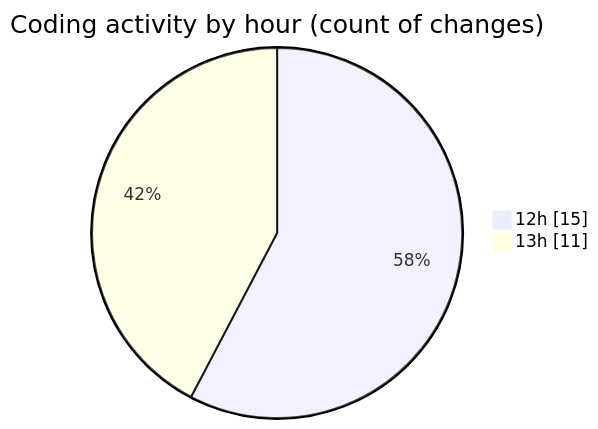
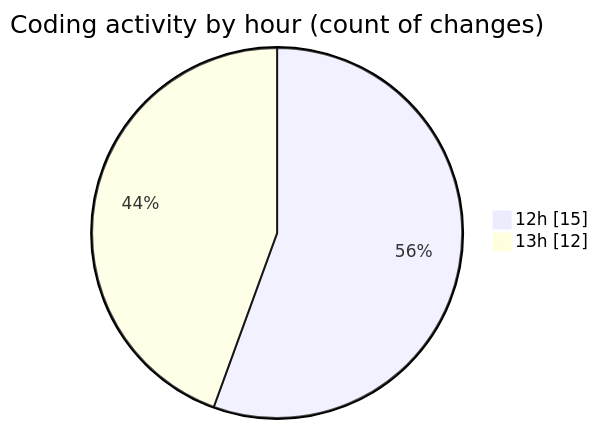
One commit to donsfak/code-tracking changed the second of 2 diagrams in 2025-03-27/wordle/README.md. Above: the diagram before and after it, drawn with Mermaid. The commit also changed other lines of this file and 1 other file, not shown here.

````diff
--- a/2025-03-27/wordle/README.md
+++ b/2025-03-27/wordle/README.md
@@ -37,6 +37,6 @@
 ```mermaid
 pie showData
 title Coding activity by hour (count of changes)
 "12h" : 15
-"13h" : 11
+"13h" : 12
 ```
````
